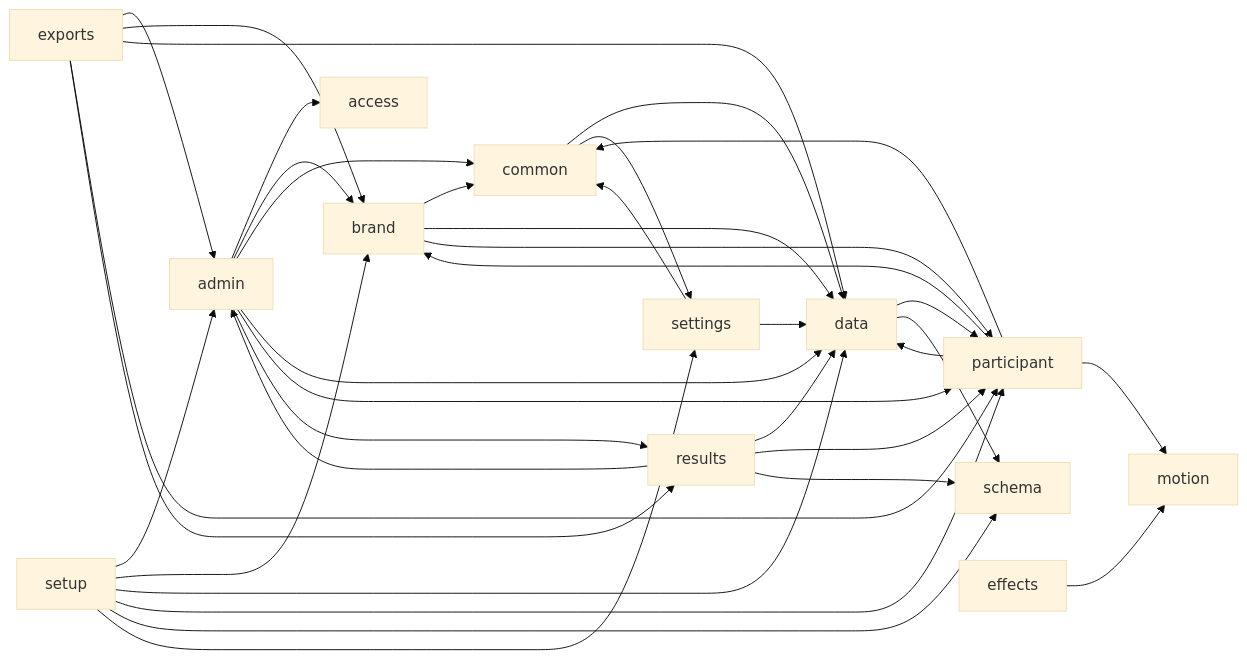
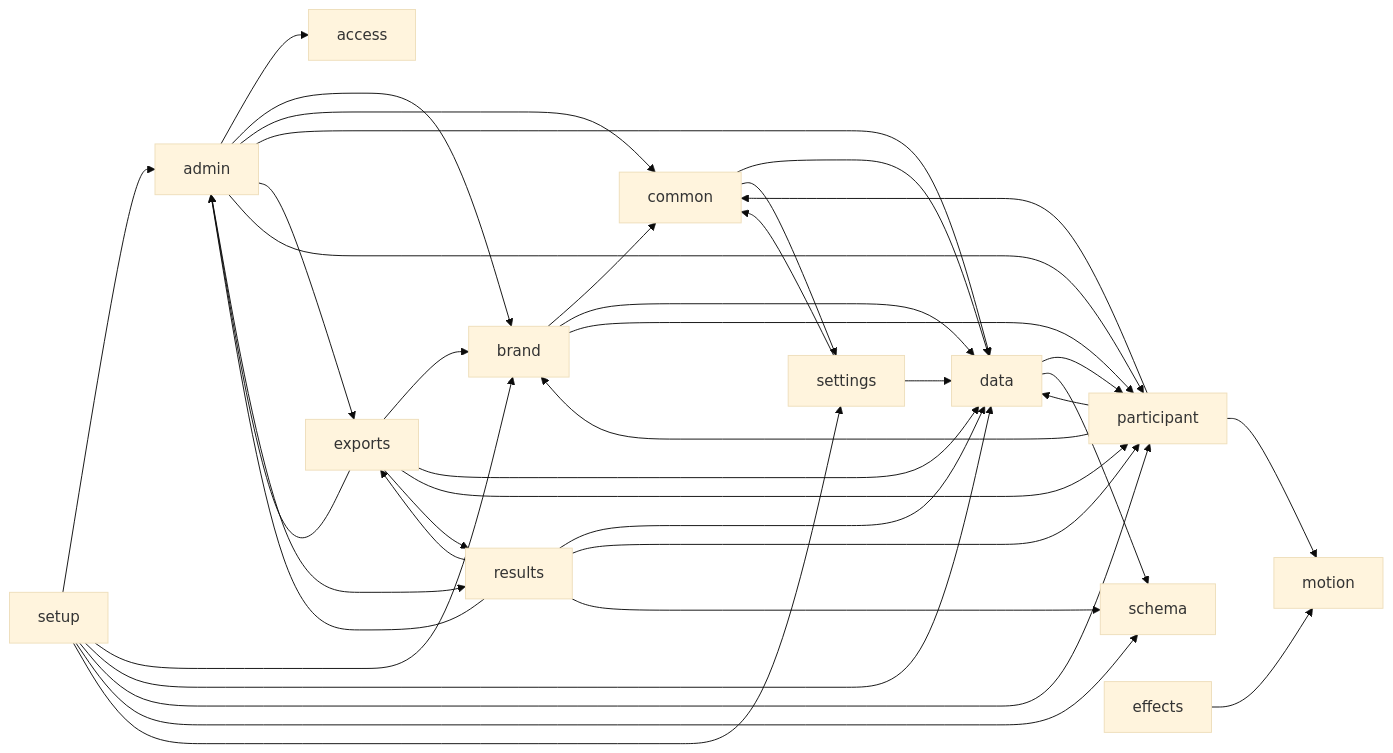
The diagram in docs/MODULES.md (satyagames/pursuit-managed-services), drawn with Mermaid (base theme) before and after one commit. The commit also changed other lines of this file and 10 other files, not shown here.

````diff
--- a/docs/MODULES.md
+++ b/docs/MODULES.md
@@ -14,38 +14,40 @@
 ```mermaid
 flowchart LR
   admin --> access
   admin --> brand
   admin --> common
   admin --> data
+  admin --> exports
   admin --> participant
   admin --> results
   brand --> common
   brand --> data
   brand --> participant
   common --> data
   common --> settings
   data --> participant
   data --> schema
   effects --> motion
   exports --> admin
   exports --> brand
   exports --> data
   exports --> participant
   exports --> results
   participant --> brand
   participant --> common
   participant --> data
   participant --> motion
   results --> admin
   results --> data
+  results --> exports
   results --> participant
   results --> schema
   settings --> common
   settings --> data
   setup --> admin
   setup --> brand
   setup --> data
   setup --> participant
   setup --> schema
   setup --> settings
 ```
````
